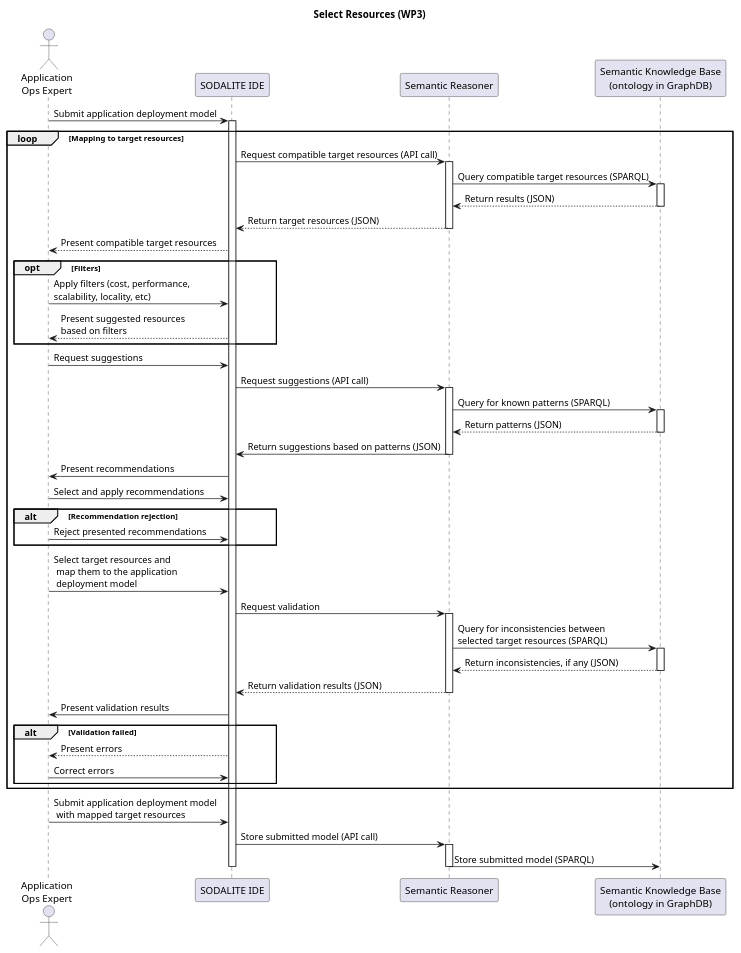
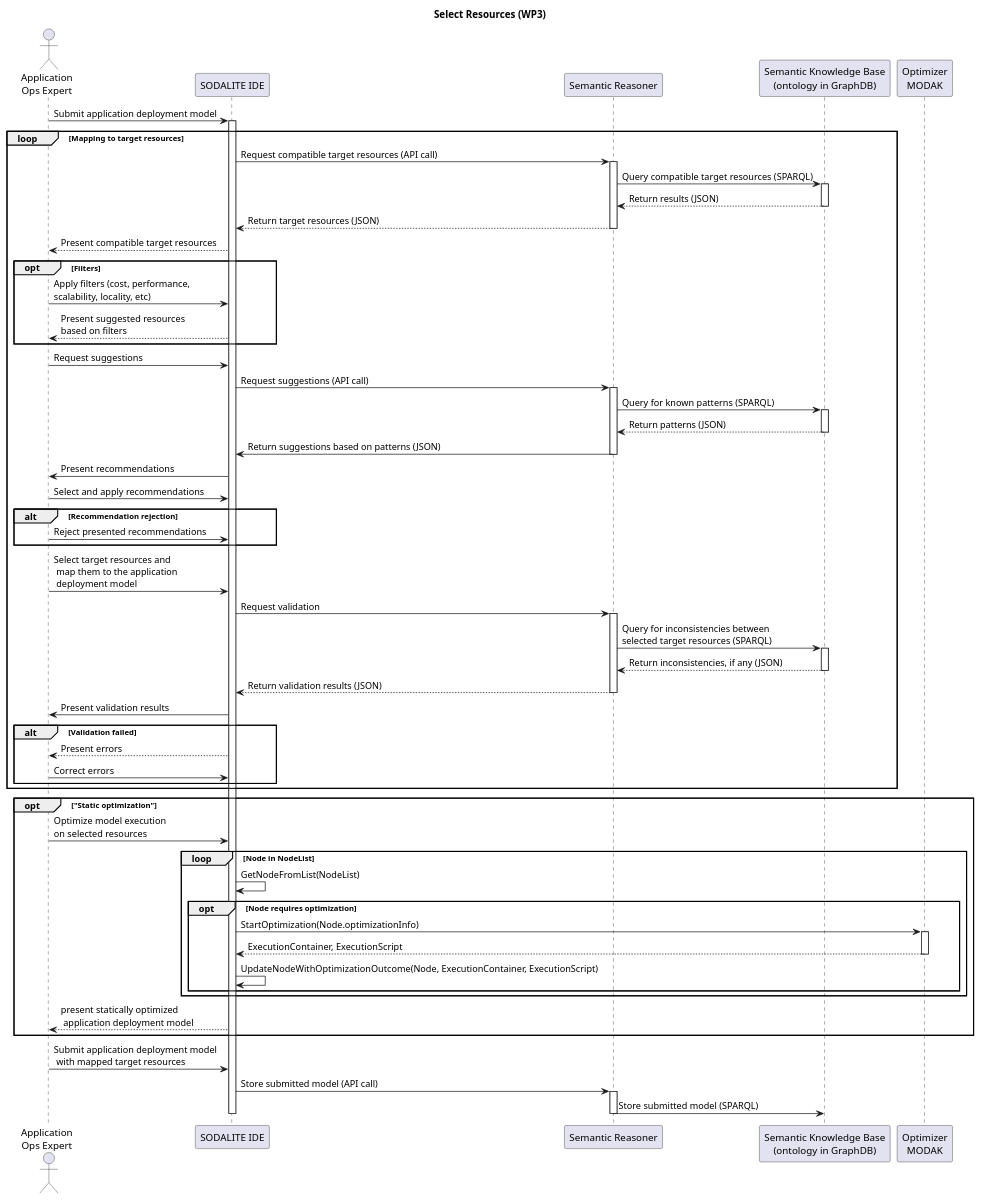
Before and after one commit to SODALITE-EU/project-wide-documentation: the diagram in uml/sequence-diagrams/UC-02-SelectResources-WP3.puml, drawn with PlantUML.

Commit message:
Changed the Select Resources diagram based on MODAK integration proposal

```diff
--- a/uml/sequence-diagrams/UC-02-SelectResources-WP3.puml
+++ b/uml/sequence-diagrams/UC-02-SelectResources-WP3.puml
@@ -1,70 +1,86 @@
 @startuml
 
 title Select Resources (WP3)
 
 actor "Application\nOps Expert" as ops
 participant "SODALITE IDE" as editor
 participant "Semantic Reasoner" as reasoner
 participant "Semantic Knowledge Base\n(ontology in GraphDB)" as ontology
+participant "Optimizer\nMODAK" as SPOC
 
 ops->editor: Submit application deployment model
 
 loop Mapping to target resources
     activate editor
     editor->reasoner: Request compatible target resources (API call)
     activate reasoner
     reasoner->ontology: Query compatible target resources (SPARQL)
     activate ontology
     ontology-->reasoner: Return results (JSON)
     deactivate ontology
     reasoner-->editor: Return target resources (JSON)
     deactivate reasoner
     editor-->ops: Present compatible target resources
 
     opt Filters
         ops->editor: Apply filters (cost, performance,\nscalability, locality, etc)
         editor-->ops: Present suggested resources\nbased on filters
     end
 
     ops->editor: Request suggestions
     editor->reasoner: Request suggestions (API call)
     activate reasoner
     reasoner->ontology: Query for known patterns (SPARQL)
     activate ontology
     ontology-->reasoner: Return patterns (JSON)
     deactivate ontology
     reasoner->editor: Return suggestions based on patterns (JSON)
     deactivate reasoner
 
     editor->ops: Present recommendations
     ops->editor: Select and apply recommendations
 
     alt Recommendation rejection
         ops->editor: Reject presented recommendations
     end
 
     ops->editor: Select target resources and\n map them to the application\n deployment model
     editor->reasoner: Request validation
     activate reasoner
     reasoner->ontology: Query for inconsistencies between\nselected target resources (SPARQL)
     activate ontology
     ontology-->reasoner: Return inconsistencies, if any (JSON)
     deactivate ontology
     reasoner-->editor: Return validation results (JSON)
     deactivate reasoner
     editor->ops: Present validation results
 
     alt Validation failed
         editor-->ops: Present errors
         ops->editor: Correct errors
     end
 end
 
+opt "Static optimization"
+    ops->editor: Optimize model execution\non selected resources
+    loop Node in NodeList
+        editor->editor: GetNodeFromList(NodeList)
+        opt Node requires optimization
+            editor->SPOC: StartOptimization(Node.optimizationInfo)
+            activate SPOC
+            SPOC-->editor: ExecutionContainer, ExecutionScript
+            deactivate SPOC
+            editor->editor: UpdateNodeWithOptimizationOutcome(Node, ExecutionContainer, ExecutionScript)
+        end
+    end
+    editor-->ops: present statically optimized\n application deployment model
+end
+
 ops->editor: Submit application deployment model\n with mapped target resources
-    editor->reasoner: Store submitted model (API call)
-    activate reasoner
-    reasoner->ontology: Store submitted model (SPARQL)
-    deactivate reasoner
+editor->reasoner: Store submitted model (API call)
+activate reasoner
+reasoner->ontology: Store submitted model (SPARQL)
+deactivate reasoner
 
-    deactivate editor
+deactivate editor
 @enduml
```
